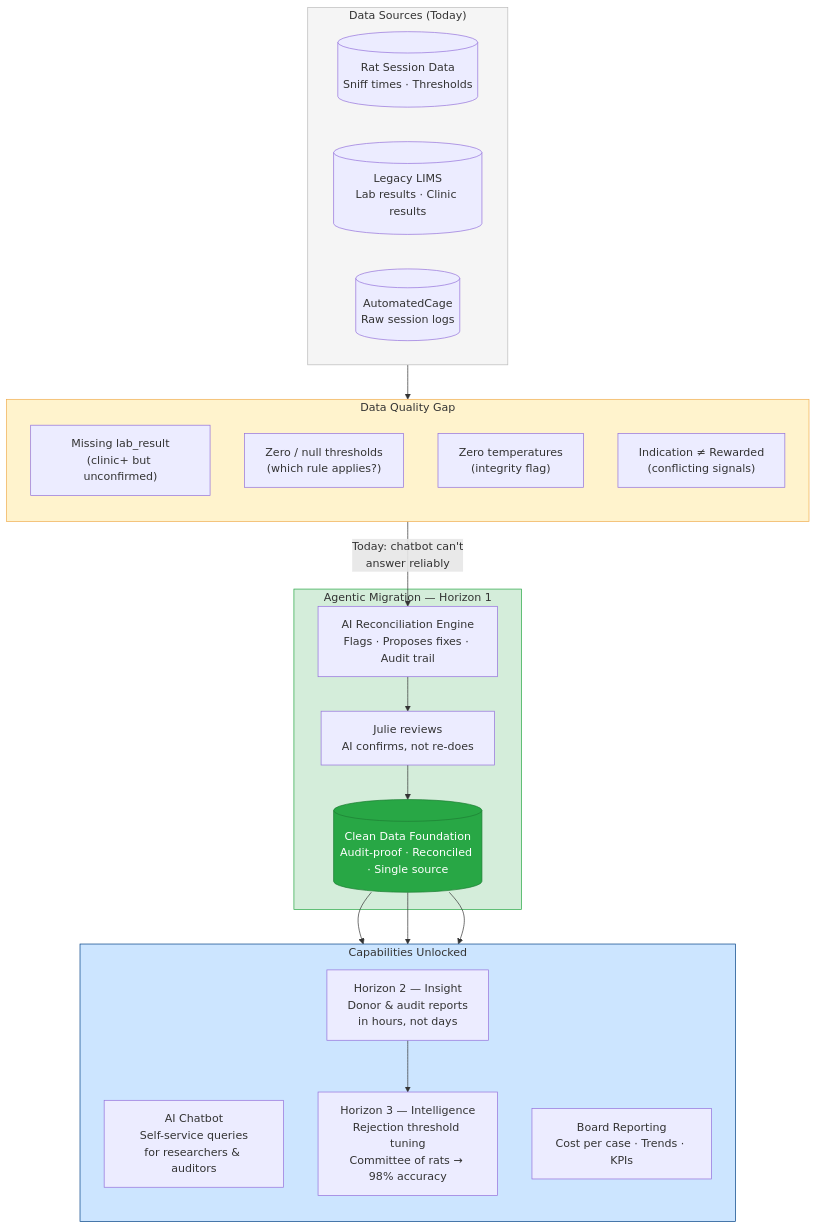
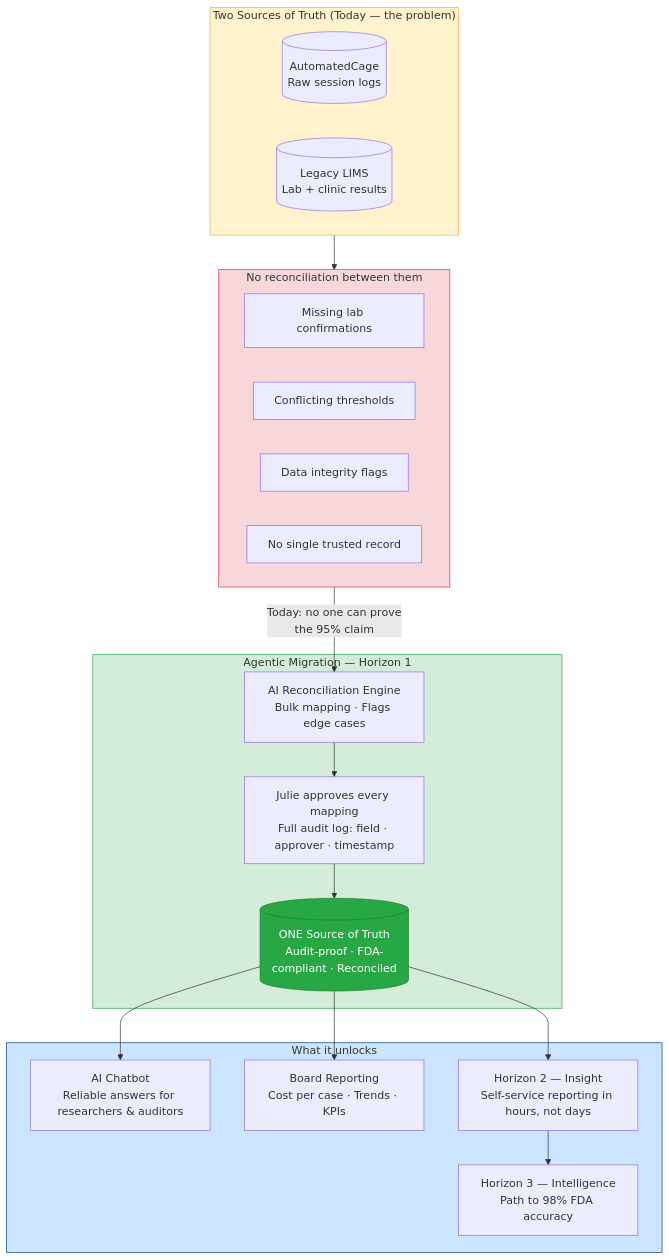
The first of 2 diagrams in meeting-notes/poc-presentation-plan.md (stefanoslucenae61/hackton_apopo), drawn with Mermaid before and after one commit. The commit also changed other lines of this file and 1 other file, not shown here.

Commit message:
Refactor meeting notes for clarity and structure; update presentation plan with action items and improved data quality descriptions.

````diff
--- a/meeting-notes/poc-presentation-plan.md
+++ b/meeting-notes/poc-presentation-plan.md
@@ -10,45 +17,42 @@
 ```mermaid
 flowchart TD
-    subgraph SOURCES["Data Sources (Today)"]
-        RS[("Rat Session Data\nSniff times · Thresholds")]
-        LIMS[("Legacy LIMS\nLab results · Clinic results")]
+    subgraph SOURCES["Two Sources of Truth (Today — the problem)"]
         CAGE[("AutomatedCage\nRaw session logs")]
+        LIMS[("Legacy LIMS\nLab + clinic results")]
     end
 
-    subgraph DQ["Data Quality Gap"]
-        direction TB
-        DQ1["Missing lab_result\n(clinic+ but unconfirmed)"]
-        DQ2["Zero / null thresholds\n(which rule applies?)"]
-        DQ3["Zero temperatures\n(integrity flag)"]
-        DQ4["Indication ≠ Rewarded\n(conflicting signals)"]
+    subgraph DQ["No reconciliation between them"]
+        DQ1["Missing lab confirmations"]
+        DQ2["Conflicting thresholds"]
+        DQ3["Data integrity flags"]
+        DQ4["No single trusted record"]
     end
 
     subgraph MIGRATE["Agentic Migration — Horizon 1"]
-        AI["AI Reconciliation Engine\nFlags · Proposes fixes · Audit trail"]
-        ANALYST["Julie reviews\nAI confirms, not re-does"]
-        CLEAN[("Clean Data Foundation\nAudit-proof · Reconciled · Single source")]
+        AI["AI Reconciliation Engine\nBulk mapping · Flags edge cases"]
+        ANALYST["Julie approves every mapping\nFull audit log: field · approver · timestamp"]
+        CLEAN[("ONE Source of Truth\nAudit-proof · FDA-compliant · Reconciled")]
     end
 
-    subgraph OUTPUTS["Capabilities Unlocked"]
-        direction TB
-        CHATBOT["AI Chatbot\nSelf-service queries\nfor researchers & auditors"]
+    subgraph OUTPUTS["What it unlocks"]
+        CHATBOT["AI Chatbot\nReliable answers for researchers & auditors"]
         REPORT["Board Reporting\nCost per case · Trends · KPIs"]
-        H2["Horizon 2 — Insight\nDonor & audit reports\nin hours, not days"]
-        H3["Horizon 3 — Intelligence\nRejection threshold tuning\nCommittee of rats → 98% accuracy"]
+        H2["Horizon 2 — Insight\nSelf-service reporting in hours, not days"]
+        H3["Horizon 3 — Intelligence\nPath to 98% FDA accuracy"]
     end
 
     SOURCES --> DQ
-    DQ -->|"Today: chatbot can't\nanswer reliably"| AI
+    DQ -->|"Today: no one can prove\nthe 95% claim"| AI
     AI --> ANALYST
     ANALYST --> CLEAN
     CLEAN --> CHATBOT
     CLEAN --> REPORT
     CLEAN --> H2
     H2 --> H3
 
-    style SOURCES fill:#f5f5f5,stroke:#bbb
-    style DQ fill:#fff3cd,stroke:#f0ad4e
+    style SOURCES fill:#fff3cd,stroke:#f0ad4e
+    style DQ fill:#f8d7da,stroke:#dc3545
     style MIGRATE fill:#d4edda,stroke:#28a745
     style OUTPUTS fill:#cce5ff,stroke:#004085
     style CLEAN fill:#28a745,color:#fff,stroke:#1e7e34
 ```
````
